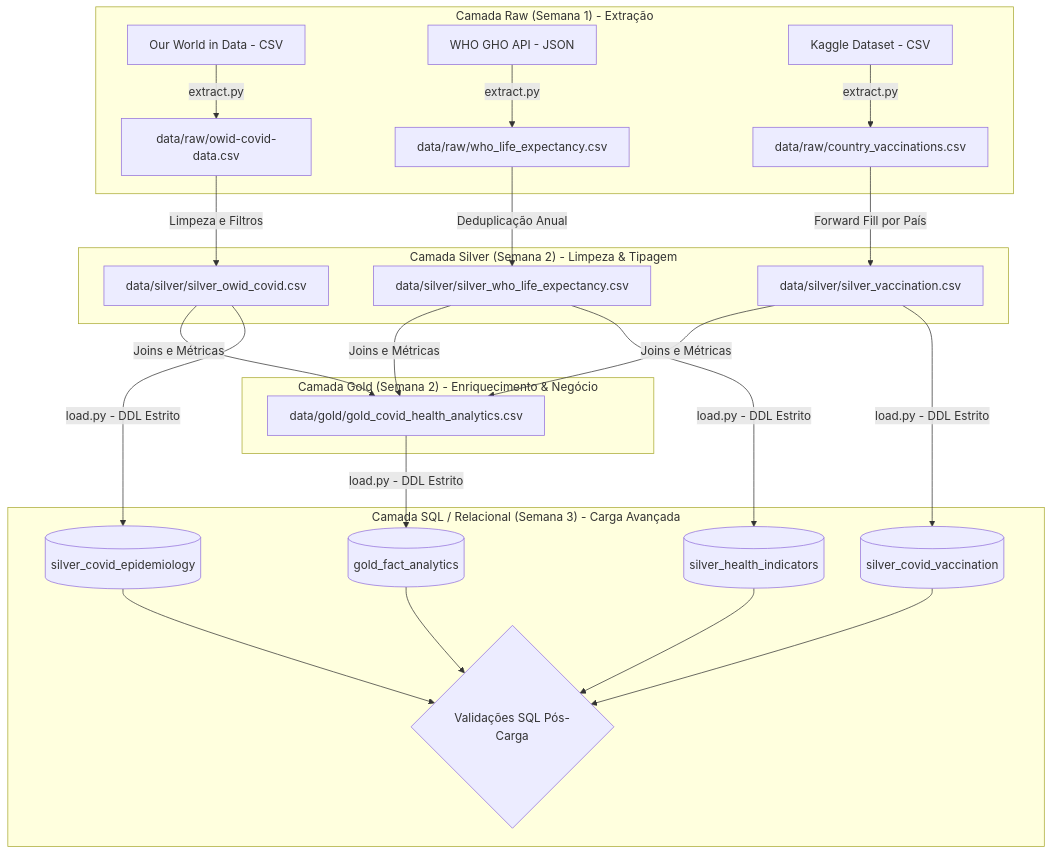
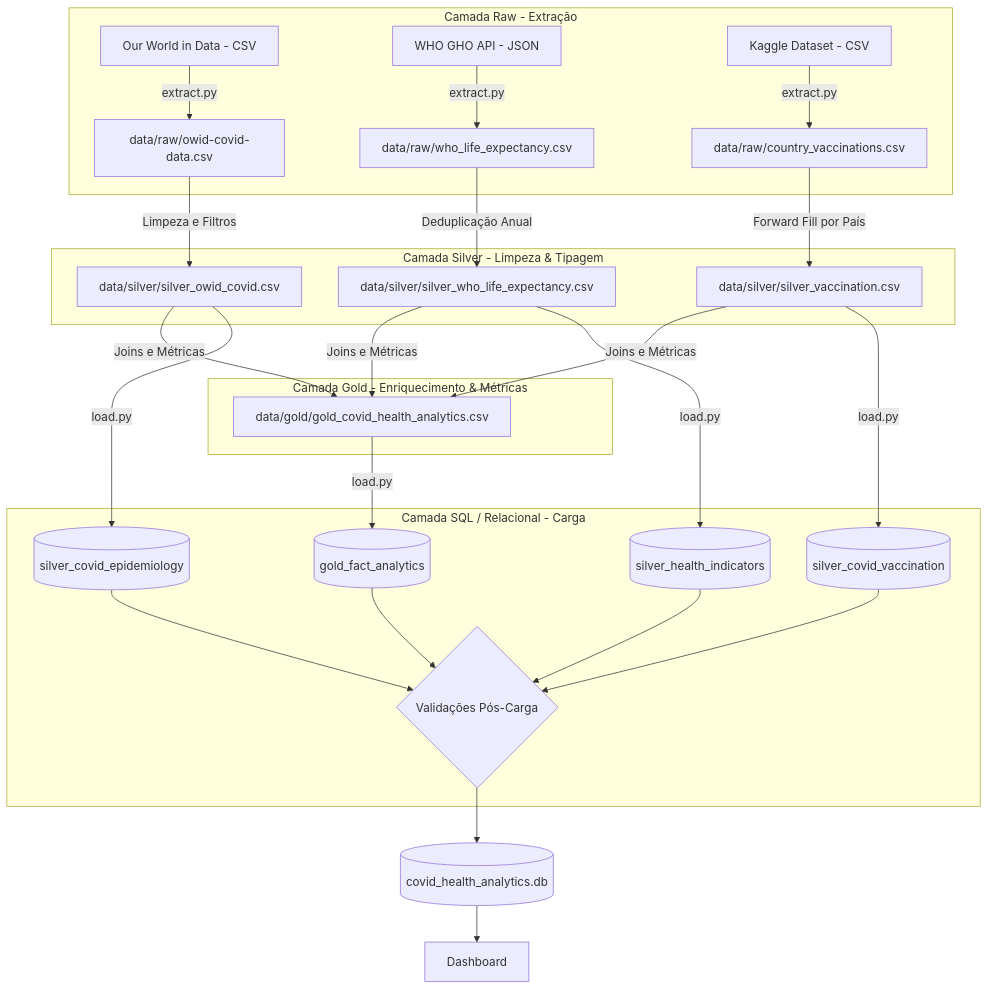
One commit to RickyFC-Git/projeto_etd changed the first of 2 diagrams in README.md. Above: the diagram before and after it, drawn with Mermaid. The commit also changed other lines of this file and 2 other files, not shown here.

````diff
--- a/README.md
+++ b/README.md
@@ -12,33 +37,36 @@
 ```mermaid
 graph TD
 
-    subgraph "Camada Raw (Semana 1) - Extração"
+    subgraph "Camada Raw - Extração"
         A[Our World in Data - CSV] -->|extract.py| R1[data/raw/owid-covid-data.csv]
         B[WHO GHO API - JSON] -->|extract.py| R2[data/raw/who_life_expectancy.csv]
         C[Kaggle Dataset - CSV] -->|extract.py| R3[data/raw/country_vaccinations.csv]
     end
 
-    subgraph "Camada Silver (Semana 2) - Limpeza & Tipagem"
+    subgraph "Camada Silver - Limpeza & Tipagem"
         R1 -->|Limpeza e Filtros| S1[data/silver/silver_owid_covid.csv]
         R2 -->|Deduplicação Anual| S2[data/silver/silver_who_life_expectancy.csv]
         R3 -->|Forward Fill por País| S3[data/silver/silver_vaccination.csv]
     end
 
-    subgraph "Camada Gold (Semana 2) - Enriquecimento & Negócio"
+    subgraph "Camada Gold - Enriquecimento & Métricas"
         S1 -->|Joins e Métricas| G[data/gold/gold_covid_health_analytics.csv]
         S2 -->|Joins e Métricas| G
         S3 -->|Joins e Métricas| G
     end
 
-    subgraph "Camada SQL / Relacional (Semana 3) - Carga Avançada"
-        S1 -->|load.py - DDL Estrito| T1[(silver_covid_epidemiology)]
-        S3 -->|load.py - DDL Estrito| T2[(silver_covid_vaccination)]
-        S2 -->|load.py - DDL Estrito| T3[(silver_health_indicators)]
-        G -->|load.py - DDL Estrito| T4[(gold_fact_analytics)]
+    subgraph "Camada SQL / Relacional - Carga"
+        S1 -->|load.py| T1[(silver_covid_epidemiology)]
+        S3 -->|load.py| T2[(silver_covid_vaccination)]
+        S2 -->|load.py| T3[(silver_health_indicators)]
+        G -->|load.py| T4[(gold_fact_analytics)]
 
-        T1 --> DQ{Validações SQL Pós-Carga}
+        T1 --> DQ{Validações Pós-Carga}
         T2 --> DQ
         T3 --> DQ
         T4 --> DQ
     end
+
+    DQ --> DB[(covid_health_analytics.db)]
+    DB --> DASH[Dashboard]
 ```
````
